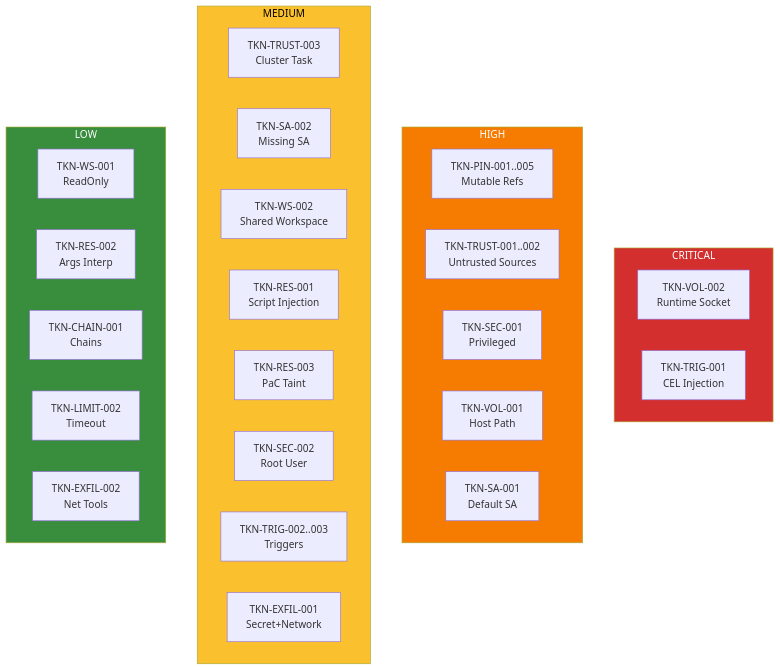
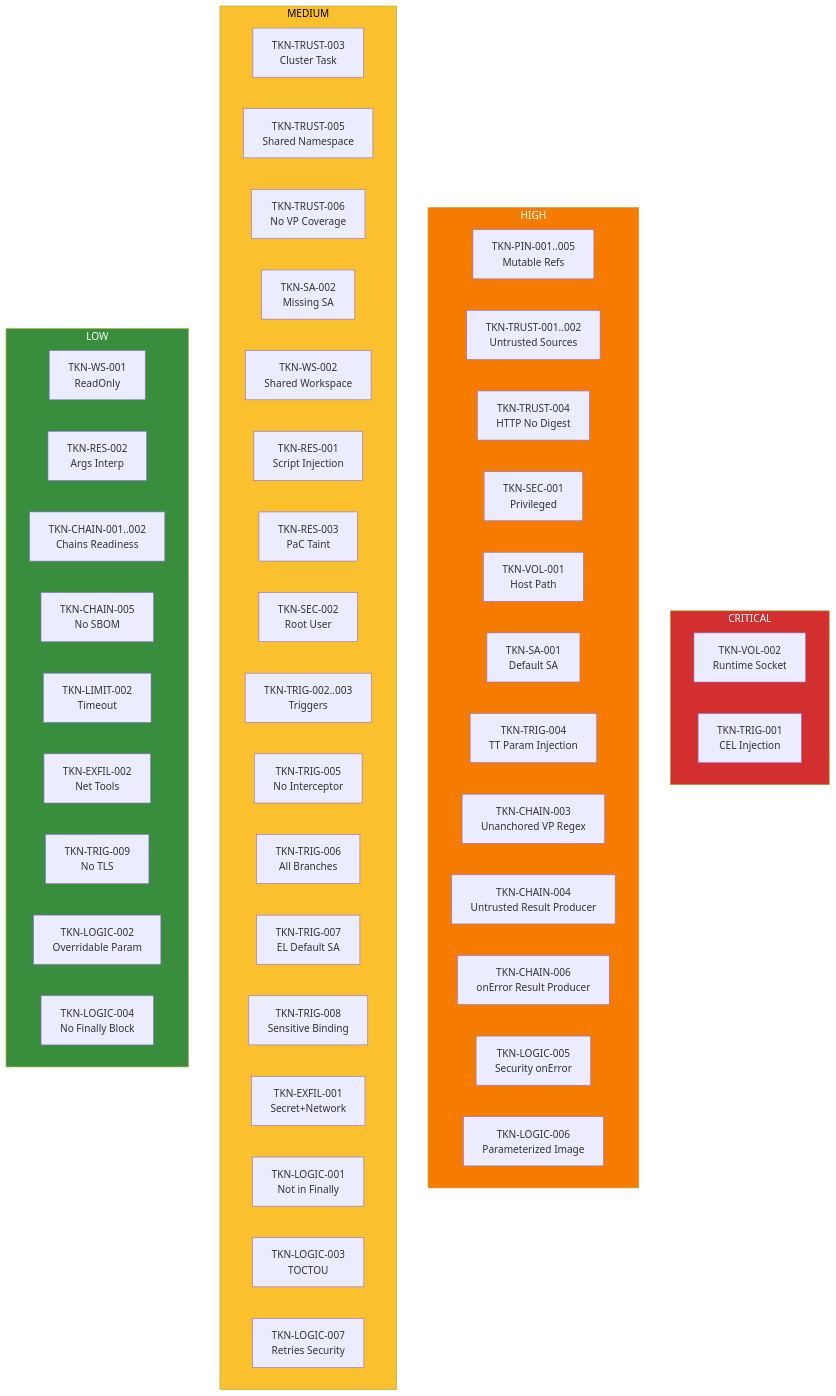
The diagram in site/docs/reference/rules.md (ugiordan/tekton-guard), drawn with Mermaid before and after one commit. The commit also changed other lines of this file and 5 other files, not shown here.

````diff
--- a/site/docs/reference/rules.md
+++ b/site/docs/reference/rules.md
@@ -7,36 +7,56 @@
 ```mermaid
 graph TD
     subgraph CRITICAL
         VOL002["TKN-VOL-002<br/>Runtime Socket"]
         TRIG001["TKN-TRIG-001<br/>CEL Injection"]
     end
     subgraph HIGH
         PIN001["TKN-PIN-001..005<br/>Mutable Refs"]
         TRUST001["TKN-TRUST-001..002<br/>Untrusted Sources"]
+        TRUST004["TKN-TRUST-004<br/>HTTP No Digest"]
         SEC001["TKN-SEC-001<br/>Privileged"]
         VOL001["TKN-VOL-001<br/>Host Path"]
         SA001["TKN-SA-001<br/>Default SA"]
+        TRIG004["TKN-TRIG-004<br/>TT Param Injection"]
+        CHAIN003["TKN-CHAIN-003<br/>Unanchored VP Regex"]
+        CHAIN004["TKN-CHAIN-004<br/>Untrusted Result Producer"]
+        CHAIN006["TKN-CHAIN-006<br/>onError Result Producer"]
+        LOGIC005["TKN-LOGIC-005<br/>Security onError"]
+        LOGIC006["TKN-LOGIC-006<br/>Parameterized Image"]
     end
     subgraph MEDIUM
         TRUST003["TKN-TRUST-003<br/>Cluster Task"]
+        TRUST005["TKN-TRUST-005<br/>Shared Namespace"]
+        TRUST006["TKN-TRUST-006<br/>No VP Coverage"]
         SA002["TKN-SA-002<br/>Missing SA"]
         WS002["TKN-WS-002<br/>Shared Workspace"]
         RES001["TKN-RES-001<br/>Script Injection"]
         RES003["TKN-RES-003<br/>PaC Taint"]
         SEC002["TKN-SEC-002<br/>Root User"]
         TRIG002["TKN-TRIG-002..003<br/>Triggers"]
+        TRIG005["TKN-TRIG-005<br/>No Interceptor"]
+        TRIG006["TKN-TRIG-006<br/>All Branches"]
+        TRIG007["TKN-TRIG-007<br/>EL Default SA"]
+        TRIG008["TKN-TRIG-008<br/>Sensitive Binding"]
         EXFIL001["TKN-EXFIL-001<br/>Secret+Network"]
+        LOGIC001["TKN-LOGIC-001<br/>Not in Finally"]
+        LOGIC003["TKN-LOGIC-003<br/>TOCTOU"]
+        LOGIC007["TKN-LOGIC-007<br/>Retries Security"]
     end
     subgraph LOW
         WS001["TKN-WS-001<br/>ReadOnly"]
         RES002["TKN-RES-002<br/>Args Interp"]
-        CHAIN001["TKN-CHAIN-001<br/>Chains"]
+        CHAIN001["TKN-CHAIN-001..002<br/>Chains Readiness"]
+        CHAIN005["TKN-CHAIN-005<br/>No SBOM"]
         LIMIT002["TKN-LIMIT-002<br/>Timeout"]
         EXFIL002["TKN-EXFIL-002<br/>Net Tools"]
+        TRIG009["TKN-TRIG-009<br/>No TLS"]
+        LOGIC002["TKN-LOGIC-002<br/>Overridable Param"]
+        LOGIC004["TKN-LOGIC-004<br/>No Finally Block"]
     end
     
     style CRITICAL fill:#d32f2f,color:#fff
     style HIGH fill:#f57c00,color:#fff
     style MEDIUM fill:#fbc02d,color:#000
     style LOW fill:#388e3c,color:#fff
 ```
````
